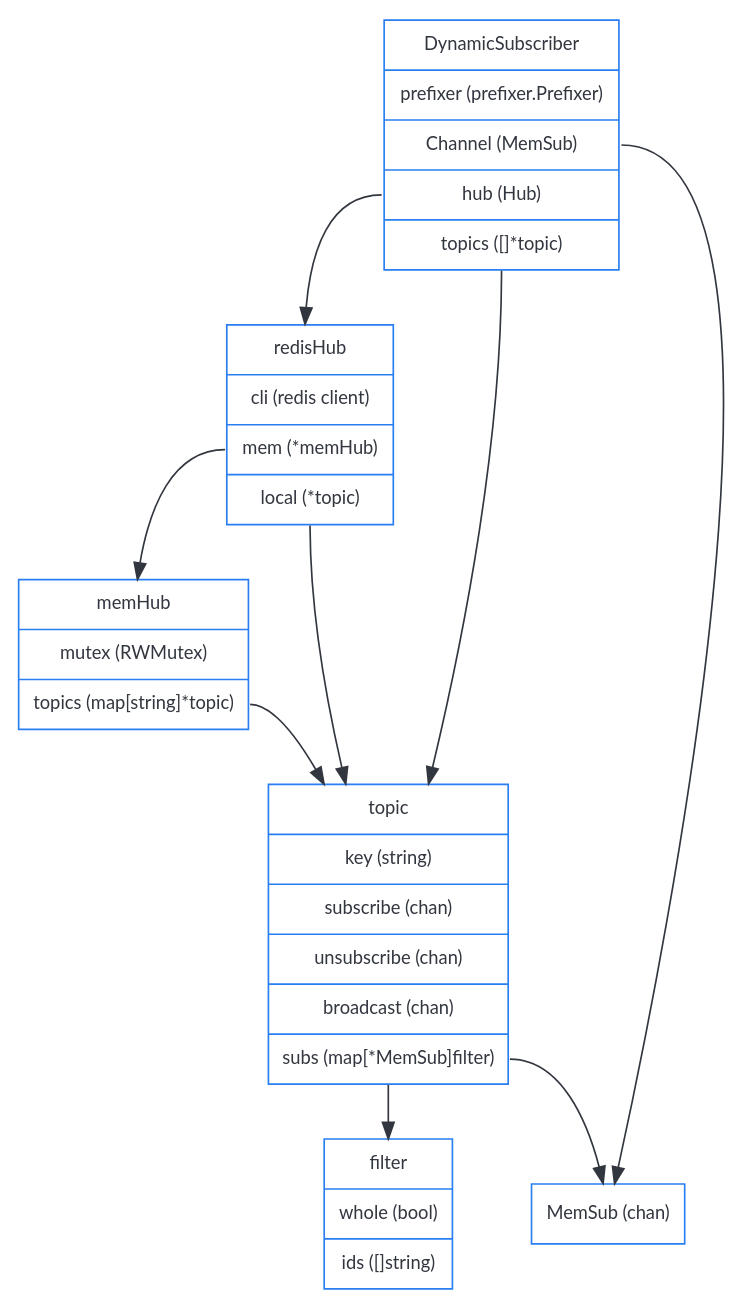
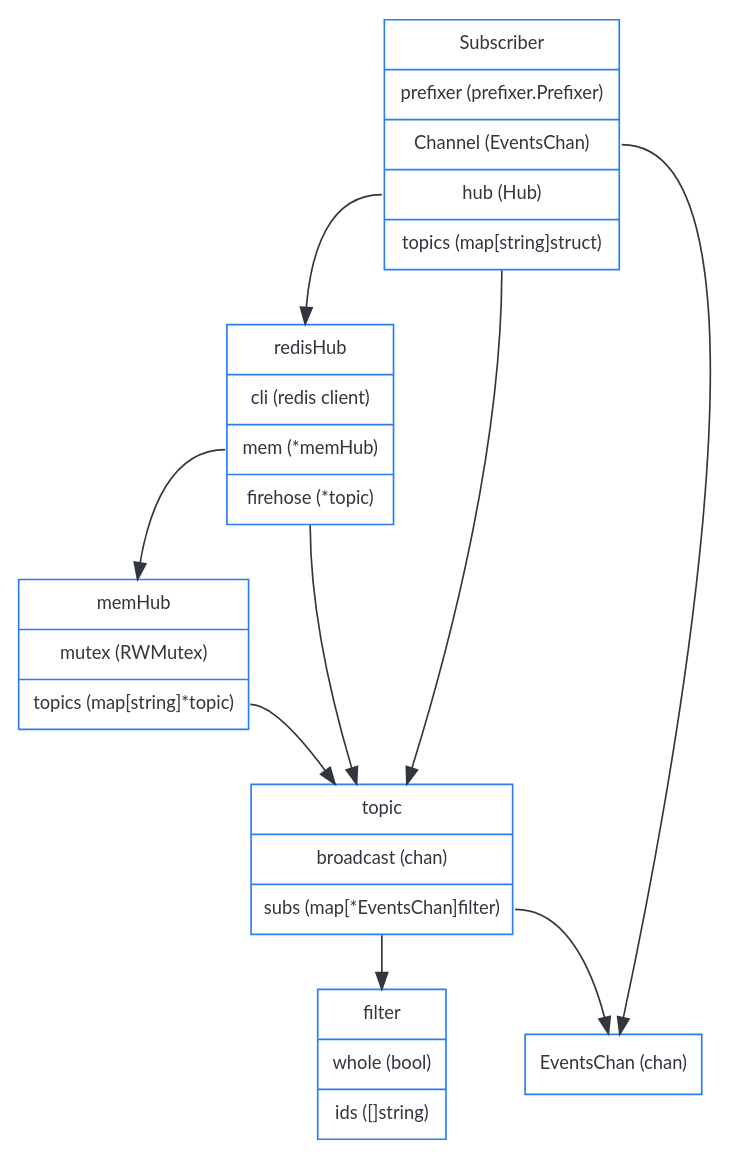
One commit to cozy/cozy-stack changed the diagram in docs/diagrams/realtime-model.gv. Above: the diagram before and after it, drawn with Graphviz. The commit also changed 6 other files, not shown here.

Commit message:
Update diagrams and add some explanations

```diff
--- a/docs/diagrams/realtime-model.gv
+++ b/docs/diagrams/realtime-model.gv
@@ -1,22 +1,22 @@
 digraph realtime {
 	graph [splines=true];
 	node [shape="box", fontname="lato", fontsize=11, margin=0.12, color="#297EF2", fontcolor="#32363F"];
 	edge [color="#32363F"];
 	ranksep=0.45; nodesep=0.6;
 
-	dynSub [label="{<0>DynamicSubscriber|<1>prefixer (prefixer.Prefixer)|<2>Channel (MemSub)|<3>hub (Hub)|<4>topics ([]*topic)}", shape="record"]
-	redisHub [label="{<0>redisHub|<1>cli (redis client)|<2>mem (*memHub)|<3>local (*topic)}", shape="record"];
+	sub [label="{<0>Subscriber|<1>prefixer (prefixer.Prefixer)|<2>Channel (EventsChan)|<3>hub (Hub)|<4>topics (map[string]struct)}", shape="record"]
+	redisHub [label="{<0>redisHub|<1>cli (redis client)|<2>mem (*memHub)|<3>firehose (*topic)}", shape="record"];
 	memHub [label="{<0>memHub|<1>mutex (RWMutex)|<2>topics (map[string]*topic)}", shape="record"]
-	topic [label="{<0>topic|<1>key (string)|<2>subscribe (chan)|<3>unsubscribe (chan)|<4> broadcast (chan)|<5>subs (map[*MemSub]filter)}", shape="record"];
-	memSub [label="{<0>MemSub (chan)}", shape="record"]
+	topic [label="{<0>topic|<1>broadcast (chan)|<2>subs (map[*EventsChan]filter)}", shape="record"];
+	memSub [label="{<0>EventsChan (chan)}", shape="record"]
 	filter [label="{<0>filter|<1>whole (bool)|<2>ids ([]string)}", shape="record"]
 
-	dynSub:2 -> memSub;
-	dynSub:3 -> redisHub;
-	dynSub:4 -> topic;
+	sub:2 -> memSub;
+	sub:3 -> redisHub;
+	sub:4 -> topic;
 	redisHub:2 -> memHub;
 	redisHub:3 -> topic;
 	memHub:2 -> topic;
-	topic:5 -> memSub;
-	topic:5 -> filter;
+	topic:2 -> memSub;
+	topic:2 -> filter;
 }
```
